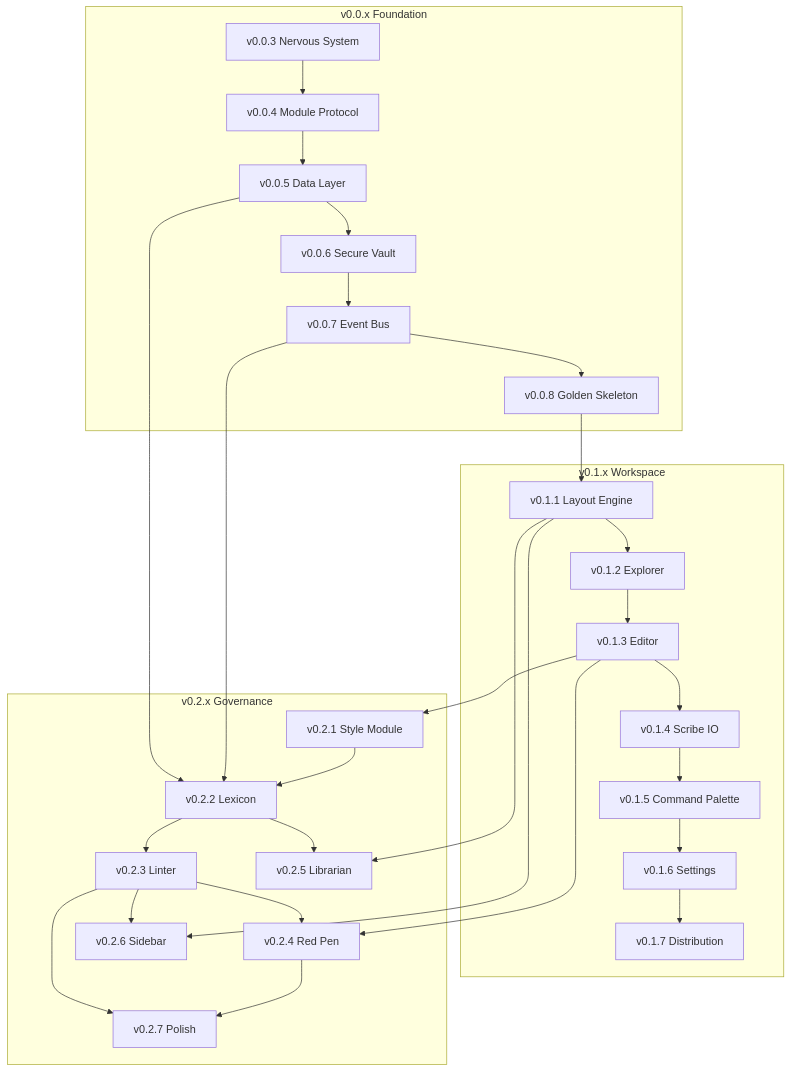
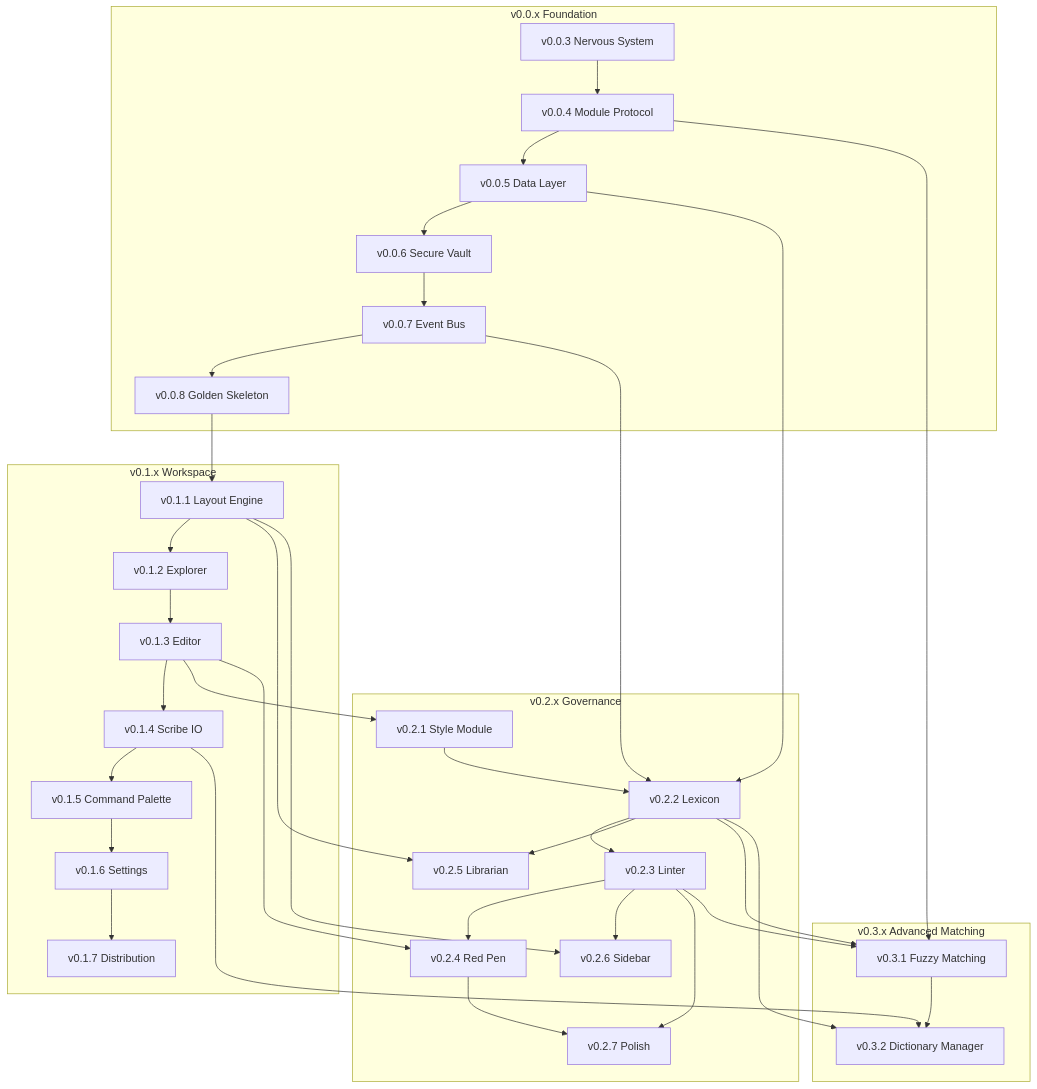
Before and after one commit to southpawriter02/lexichord: the diagram in docs/specs/DEPENDENCY-MATRIX.md, drawn with Mermaid. The commit also changed other lines of this file and 13 other files, not shown here.

````diff
--- a/docs/specs/DEPENDENCY-MATRIX.md
+++ b/docs/specs/DEPENDENCY-MATRIX.md
@@ -181,62 +252,77 @@
 ```mermaid
 graph TB
     subgraph "v0.0.x Foundation"
         V003[v0.0.3 Nervous System]
         V004[v0.0.4 Module Protocol]
         V005[v0.0.5 Data Layer]
         V006[v0.0.6 Secure Vault]
         V007[v0.0.7 Event Bus]
         V008[v0.0.8 Golden Skeleton]
     end
 
     subgraph "v0.1.x Workspace"
         V011[v0.1.1 Layout Engine]
         V012[v0.1.2 Explorer]
         V013[v0.1.3 Editor]
         V014[v0.1.4 Scribe IO]
         V015[v0.1.5 Command Palette]
         V016[v0.1.6 Settings]
         V017[v0.1.7 Distribution]
     end
 
     subgraph "v0.2.x Governance"
         V021[v0.2.1 Style Module]
         V022[v0.2.2 Lexicon]
         V023[v0.2.3 Linter]
         V024[v0.2.4 Red Pen]
         V025[v0.2.5 Librarian]
         V026[v0.2.6 Sidebar]
         V027[v0.2.7 Polish]
+    end
+
+    subgraph "v0.3.x Advanced Matching"
+        V031[v0.3.1 Fuzzy Matching]
+        V032[v0.3.2 Dictionary Manager]
     end
 
     %% v0.0.x internal
     V003 --> V004
     V004 --> V005
     V005 --> V006
     V006 --> V007
     V007 --> V008
 
     %% v0.1.x depends on v0.0.x
     V008 --> V011
     V011 --> V012
     V012 --> V013
     V013 --> V014
     V014 --> V015
     V015 --> V016
     V016 --> V017
 
     %% v0.2.x depends on v0.1.x and v0.0.x
     V013 --> V021
     V005 --> V022
     V007 --> V022
     V021 --> V022
     V022 --> V023
     V023 --> V024
     V013 --> V024
     V022 --> V025
     V011 --> V025
     V023 --> V026
     V011 --> V026
     V023 --> V027
     V024 --> V027
+
+    %% v0.3.x depends on v0.2.x, v0.1.x, and v0.0.x
+    V022 --> V031
+    V023 --> V031
+    V004 --> V031
+
+    %% v0.3.2 depends on v0.3.1, v0.2.x, v0.1.x, and v0.0.x
+    V031 --> V032
+    V022 --> V032
+    V014 --> V032
 ```
````
